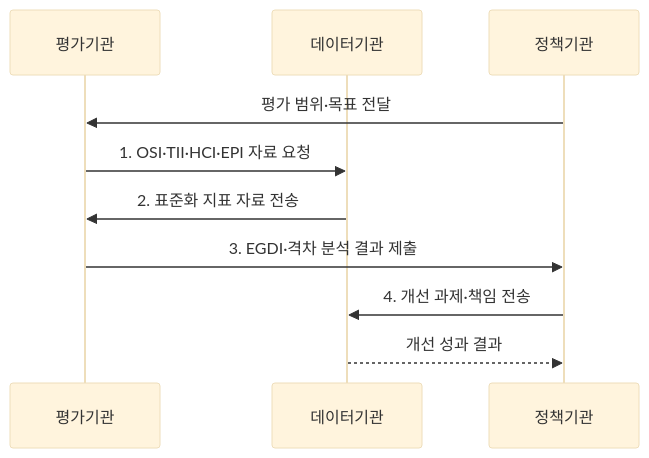
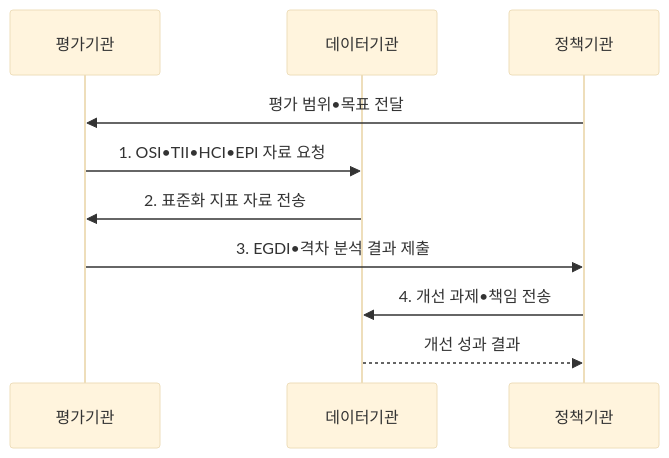
Before and after one commit to agnusdei1207/knowledge-base: the second of 2 diagrams in src/content/docs/notes/07-law-policy/010_e_government_maturity.md, drawn with Mermaid (base theme). The commit also changed other lines of this file and 953 other files, not shown here.

````diff
--- a/src/content/docs/notes/07-law-policy/010_e_government_maturity.md
+++ b/src/content/docs/notes/07-law-policy/010_e_government_maturity.md
@@ -103,12 +103,12 @@
 ```mermaid
 sequenceDiagram
     participant G as 평가기관
     participant D as 데이터기관
     participant P as 정책기관
-    P->>G: 평가 범위·목표 전달
-    G->>D: 1. OSI·TII·HCI·EPI 자료 요청
+    P->>G: 평가 범위•목표 전달
+    G->>D: 1. OSI•TII•HCI•EPI 자료 요청
     D->>G: 2. 표준화 지표 자료 전송
-    G->>P: 3. EGDI·격차 분석 결과 제출
-    P->>D: 4. 개선 과제·책임 전송
+    G->>P: 3. EGDI•격차 분석 결과 제출
+    P->>D: 4. 개선 과제•책임 전송
     D-->>P: 개선 성과 결과
 ```
````
